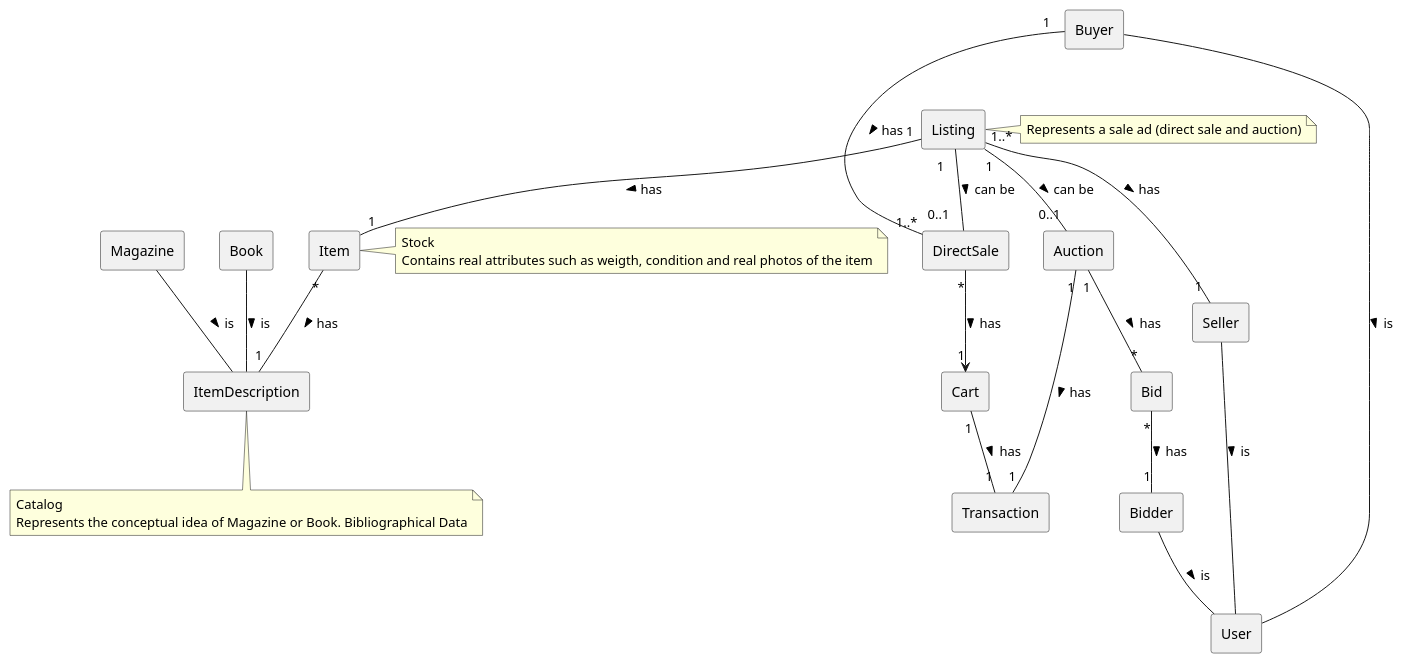
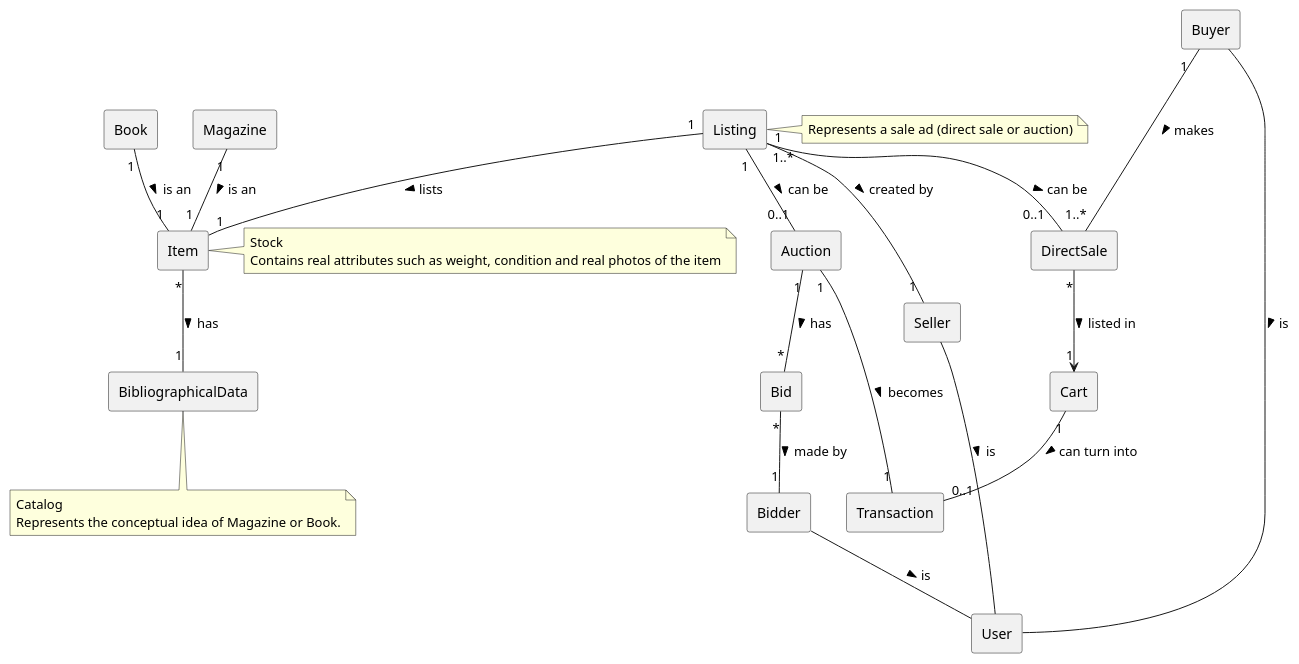
One commit to davidmarqq/MainProject_SWitCH changed the diagram in DomainModel/AOO_Level1.puml. Above: the diagram before and after it, drawn with PlantUML. The commit also changed 12 other files, not shown here.

Commit message:
aoo diagram fixes

```diff
--- a/DomainModel/AOO_Level1.puml
+++ b/DomainModel/AOO_Level1.puml
@@ -1,76 +1,76 @@
 @startuml
 'https://plantuml.com/class-diagram
 skinparam componentStyle rectangle
 
 Listing "1" -- "0..1" Auction : > can be
 Listing "1   " -- "0..1   " DirectSale : > can be
-Listing "1..*" -- "       1" Seller : > has
-Listing "1" -- "1" Item : > has
+Listing "1..*" -- "       1" Seller : > created by
+Listing "1" -- "1" Item : > lists
 
 note as L
-    Represents a sale ad (direct sale and auction)
+    Represents a sale ad (direct sale or auction)
     end note
 
 Listing -> L
 
-Item "*" -- "1" ItemDescription : > has
+Item "*" -- "1" BibliographicalData : > has
 note as N
     Catalog
-    Represents the conceptual idea of Magazine or Book. Bibliographical Data
+    Represents the conceptual idea of Magazine or Book.
     end note
 
-ItemDescription --> N
+BibliographicalData --> N
 
 note as S
     Stock
-    Contains real attributes such as weigth, condition and real photos of the item
+    Contains real attributes such as weight, condition and real photos of the item
     end note
 
 Item - S
 
-Book -- ItemDescription : > is
-Magazine -- ItemDescription : > is
+Book "1" -- "1" Item : > is an
+Magazine "1" -- "1" Item : > is an
 
-Buyer "1  " --- "1..*" DirectSale : > has
-Cart "1" -- "1" Transaction : > has
-DirectSale "*" --> "1" Cart : > has
+Buyer "1  " --- "1..*" DirectSale : > makes
+Cart "1" -- "0..1" Transaction : > can turn into
+DirectSale "*" --> "1" Cart : > listed in
 
 Auction "1" -- "*" Bid : > has
-Auction "1" -- "1" Transaction : > has
-Bid "*" -- "1" Bidder : > has
+Auction "1" -- "1" Transaction : > becomes
+Bid "*" -- "1" Bidder : > made by
 
 Bidder -- User : > is
 
 Seller -- User : > is
 Buyer - User : > is
 
 component Listing{
 }
 component Item {
 }
-component ItemDescription {
+component BibliographicalData {
 }
 component Seller {
 }
 component Buyer {
 }
 component Bidder {
 }
 component Bid {
 }
 component Cart {
 }
 component DirectSale {
 }
 component Transaction {
 }
 component Book{
 }
 component Magazine{
 }
 component Auction {
 }
 component User {
 }
 
 @enduml
```
